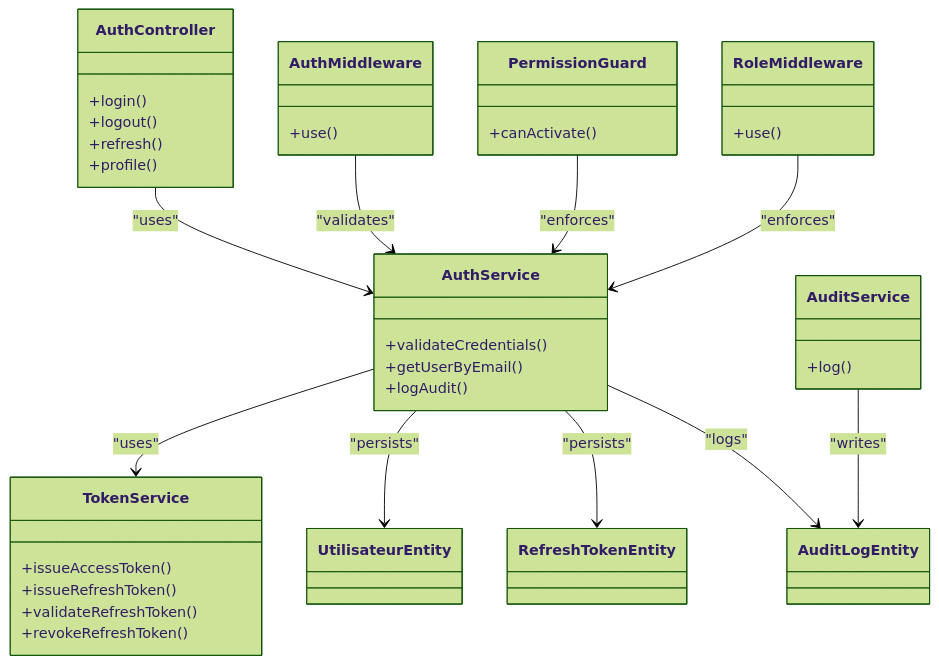
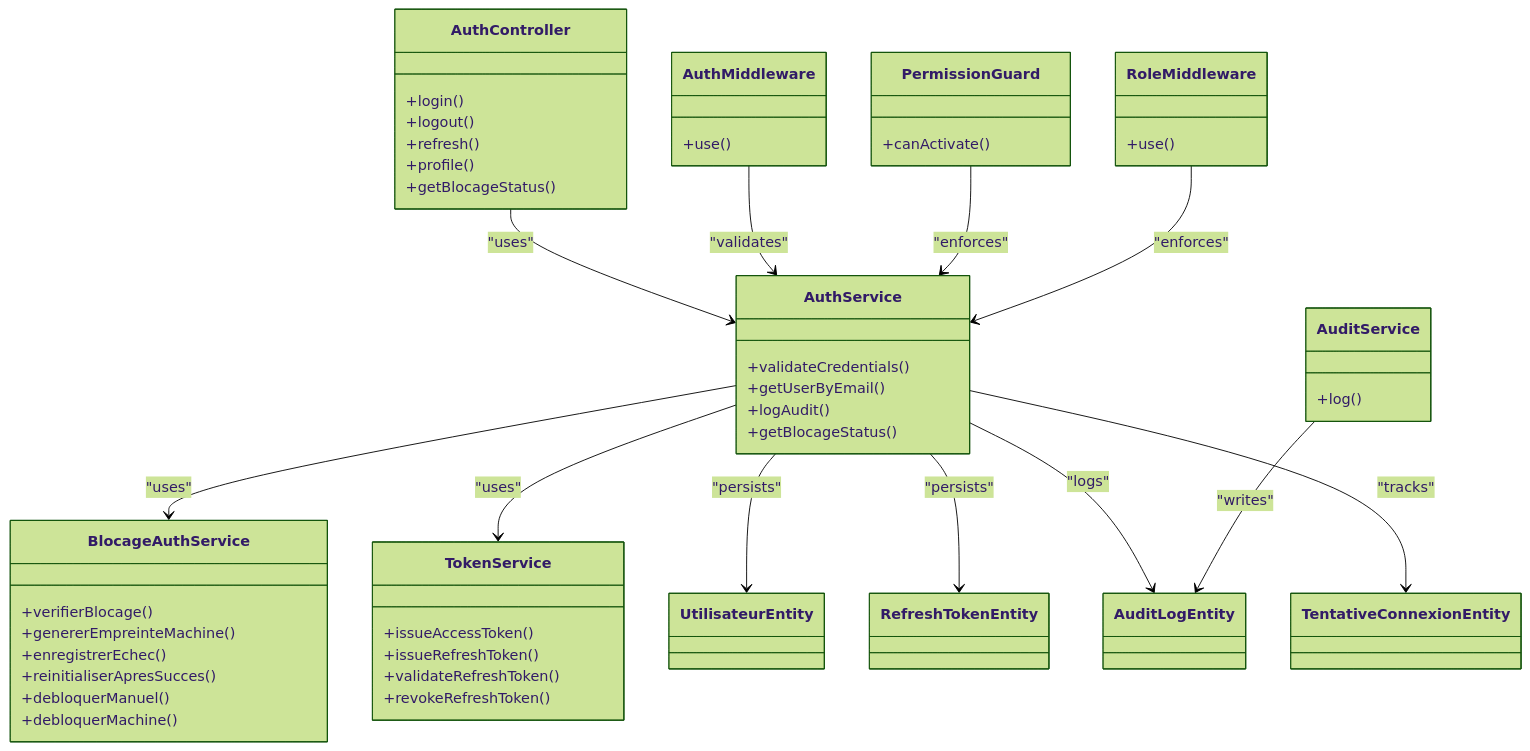
One commit to franckylab/eLISAschool changed the seventh of 9 diagrams in .qoder/repowiki/en/content/Authentication & Authorization/Security Measures.md. Above: the diagram before and after it, drawn with Mermaid (forest theme). The commit also changed other lines of this file and 66 other files, not shown here.

First line of the commit message:
feat(auth): intégrer système de blocage à deux niveaux et suivi en temps réel

````diff
--- a/.qoder/repowiki/en/content/Authentication & Authorization/Security Measures.md
+++ b/.qoder/repowiki/en/content/Authentication & Authorization/Security Measures.md
@@ -344,44 +468,57 @@
 ```mermaid
 classDiagram
 class AuthController {
 +login()
 +logout()
 +refresh()
 +profile()
++getBlocageStatus()
 }
 class AuthService {
 +validateCredentials()
 +getUserByEmail()
 +logAudit()
++getBlocageStatus()
+}
+class BlocageAuthService {
++verifierBlocage()
++genererEmpreinteMachine()
++enregistrerEchec()
++reinitialiserApresSucces()
++debloquerManuel()
++debloquerMachine()
 }
 class TokenService {
 +issueAccessToken()
 +issueRefreshToken()
 +validateRefreshToken()
 +revokeRefreshToken()
 }
 class AuthMiddleware {
 +use()
 }
 class PermissionGuard {
 +canActivate()
 }
 class RoleMiddleware {
 +use()
 }
 class AuditService {
 +log()
 }
 class UtilisateurEntity
 class RefreshTokenEntity
 class AuditLogEntity
+class TentativeConnexionEntity
 AuthController --> AuthService : "uses"
+AuthService --> BlocageAuthService : "uses"
 AuthService --> TokenService : "uses"
 AuthService --> UtilisateurEntity : "persists"
 AuthService --> RefreshTokenEntity : "persists"
 AuthService --> AuditLogEntity : "logs"
+AuthService --> TentativeConnexionEntity : "tracks"
 AuthMiddleware --> AuthService : "validates"
 PermissionGuard --> AuthService : "enforces"
 RoleMiddleware --> AuthService : "enforces"
 AuditService --> AuditLogEntity : "writes"
 ```
````
